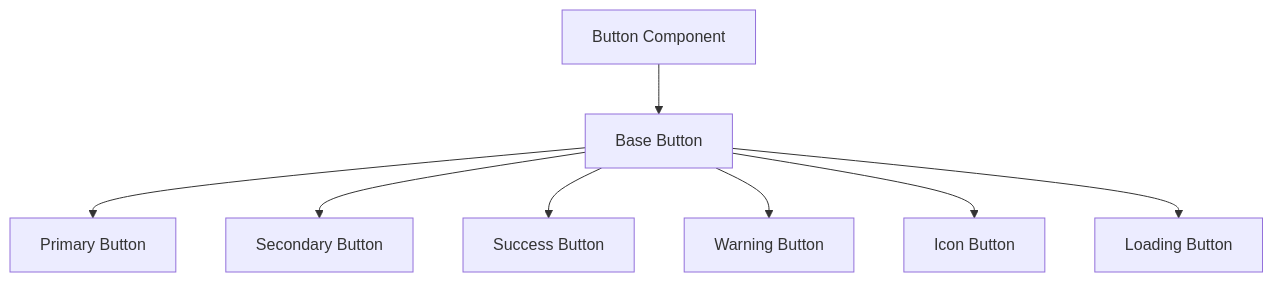
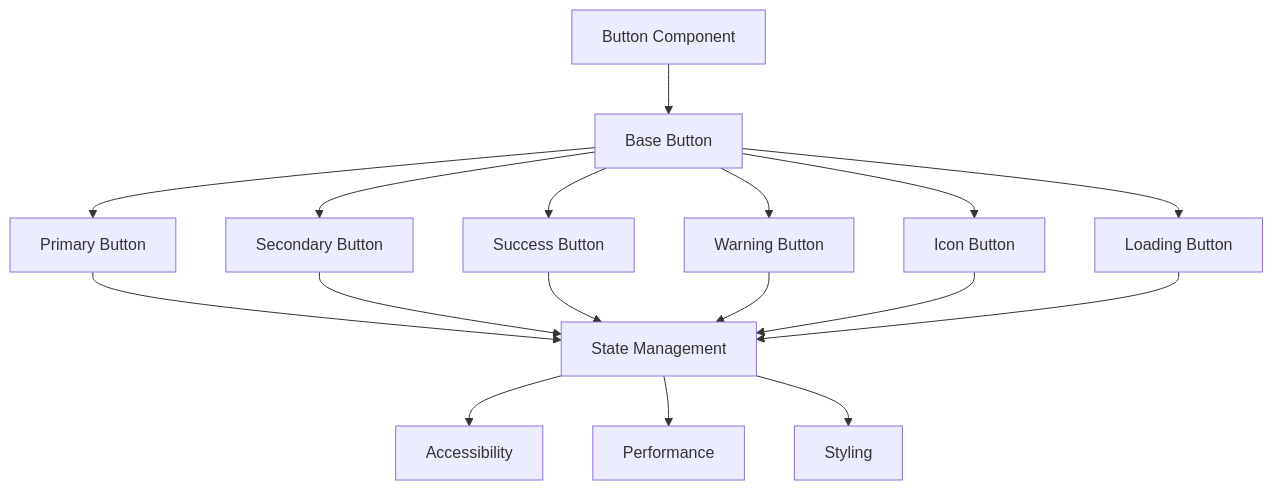
The first of 3 diagrams in DOCS/components/ui/Button.md (gedeza/thrive-send), drawn with Mermaid before and after one commit. The commit also changed other lines of this file and 25 other files, not shown here.

````diff
--- a/DOCS/components/ui/Button.md
+++ b/DOCS/components/ui/Button.md
@@ -11,10 +20,21 @@
 ```mermaid
 graph TD
     A[Button Component] --> B[Base Button]
     B --> C[Primary Button]
     B --> D[Secondary Button]
     B --> E[Success Button]
     B --> F[Warning Button]
     B --> G[Icon Button]
     B --> H[Loading Button]
+    
+    C --> I[State Management]
+    D --> I
+    E --> I
+    F --> I
+    G --> I
+    H --> I
+    
+    I --> J[Accessibility]
+    I --> K[Performance]
+    I --> L[Styling]
 ```
````
